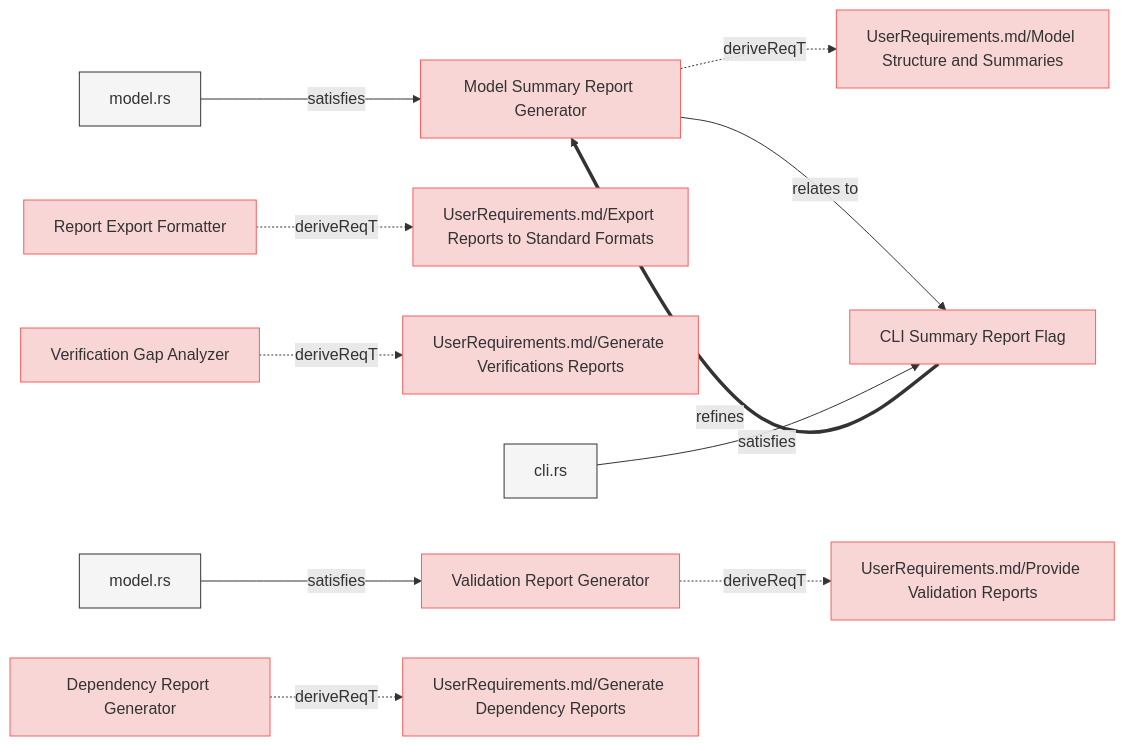
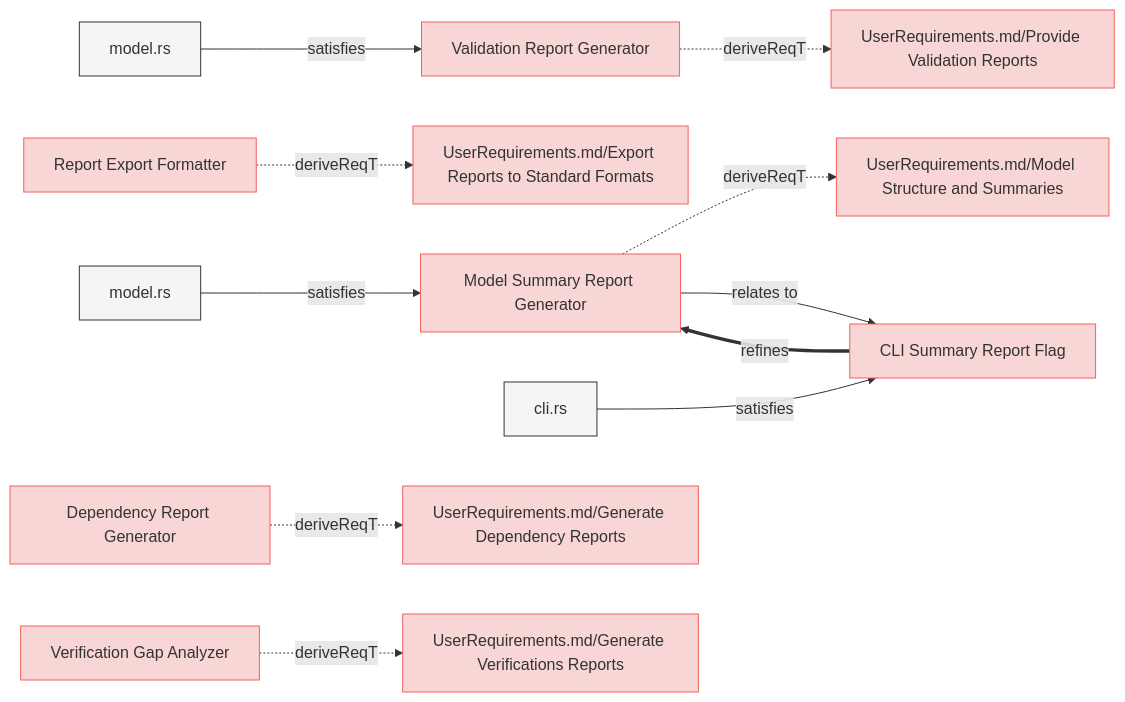
One commit to reqvire-org/reqvire changed the eighth of 8 diagrams in specifications/SystemRequirements/Requirements.md. Above: the diagram before and after it, drawn with Mermaid. The commit also changed other lines of this file and 36 other files, not shown here.

````diff
--- a/specifications/SystemRequirements/Requirements.md
+++ b/specifications/SystemRequirements/Requirements.md
@@ -1007,61 +1017,61 @@
 ```mermaid
 graph LR;
   %% Graph styling
   classDef requirement fill:#f9d6d6,stroke:#f55f5f,stroke-width:1px;
   classDef verification fill:#d6f9d6,stroke:#5fd75f,stroke-width:1px;
   classDef externalLink fill:#d0e0ff,stroke:#3080ff,stroke-width:1px;
   classDef default fill:#f5f5f5,stroke:#333333,stroke-width:1px;
 
+  143766be8c["Validation Report Generator"];
+  click 143766be8c "Requirements.md#validation-report-generator";
+  class 143766be8c requirement;
+  482c757913["UserRequirements.md/Provide Validation Reports"];
+  class 482c757913 requirement;
+  click 482c757913 "../UserRequirements.md#provide-validation-reports";
+  143766be8c -.->|deriveReqT| 482c757913;
+  6136c216c9["model.rs"];
+  class 6136c216c9 default;
+  click 6136c216c9 "../../core/src/model.rs";
+  6136c216c9 -->|satisfies| 143766be8c;
+  2ccb7e5510["Report Export Formatter"];
+  click 2ccb7e5510 "Requirements.md#report-export-formatter";
+  class 2ccb7e5510 requirement;
+  2afa7f3a20["UserRequirements.md/Export Reports to Standard Formats"];
+  class 2afa7f3a20 requirement;
+  click 2afa7f3a20 "../UserRequirements.md#export-reports-to-standard-formats";
+  2ccb7e5510 -.->|deriveReqT| 2afa7f3a20;
   cccd4e46e2["Model Summary Report Generator"];
   click cccd4e46e2 "Requirements.md#model-summary-report-generator";
   class cccd4e46e2 requirement;
   b342220e0d["UserRequirements.md/Model Structure and Summaries"];
   class b342220e0d requirement;
   click b342220e0d "../UserRequirements.md#model-structure-and-summaries";
   cccd4e46e2 -.->|deriveReqT| b342220e0d;
   6292255058["model.rs"];
   class 6292255058 default;
   click 6292255058 "../../core/src/reports.rs";
   6292255058 -->|satisfies| cccd4e46e2;
   6f86272134["CLI Summary Report Flag"];
   class 6f86272134 requirement;
   click 6f86272134 "Requirements.md#cli-summary-report-flag";
   cccd4e46e2 -->|relates to| 6f86272134;
-  2ccb7e5510["Report Export Formatter"];
-  click 2ccb7e5510 "Requirements.md#report-export-formatter";
-  class 2ccb7e5510 requirement;
-  2afa7f3a20["UserRequirements.md/Export Reports to Standard Formats"];
-  class 2afa7f3a20 requirement;
-  click 2afa7f3a20 "../UserRequirements.md#export-reports-to-standard-formats";
-  2ccb7e5510 -.->|deriveReqT| 2afa7f3a20;
-  d842bc0e30["Verification Gap Analyzer"];
-  click d842bc0e30 "Requirements.md#verification-gap-analyzer";
-  class d842bc0e30 requirement;
-  d0e9e8d143["UserRequirements.md/Generate Verifications Reports"];
-  class d0e9e8d143 requirement;
-  click d0e9e8d143 "../UserRequirements.md#generate-verifications-reports";
-  d842bc0e30 -.->|deriveReqT| d0e9e8d143;
-  143766be8c["Validation Report Generator"];
-  click 143766be8c "Requirements.md#validation-report-generator";
-  class 143766be8c requirement;
-  482c757913["UserRequirements.md/Provide Validation Reports"];
-  class 482c757913 requirement;
-  click 482c757913 "../UserRequirements.md#provide-validation-reports";
-  143766be8c -.->|deriveReqT| 482c757913;
-  6136c216c9["model.rs"];
-  class 6136c216c9 default;
-  click 6136c216c9 "../../core/src/model.rs";
-  6136c216c9 -->|satisfies| 143766be8c;
   6f86272134 ==>|refines| cccd4e46e2;
   11ffc4632a["cli.rs"];
   class 11ffc4632a default;
   click 11ffc4632a "../../cli/src/cli.rs";
   11ffc4632a -->|satisfies| 6f86272134;
   57cbef16c5["Dependency Report Generator"];
   click 57cbef16c5 "Requirements.md#dependency-report-generator";
   class 57cbef16c5 requirement;
   812d42f453["UserRequirements.md/Generate Dependency Reports"];
   class 812d42f453 requirement;
   click 812d42f453 "../UserRequirements.md#generate-dependency-reports";
   57cbef16c5 -.->|deriveReqT| 812d42f453;
+  d842bc0e30["Verification Gap Analyzer"];
+  click d842bc0e30 "Requirements.md#verification-gap-analyzer";
+  class d842bc0e30 requirement;
+  d0e9e8d143["UserRequirements.md/Generate Verifications Reports"];
+  class d0e9e8d143 requirement;
+  click d0e9e8d143 "../UserRequirements.md#generate-verifications-reports";
+  d842bc0e30 -.->|deriveReqT| d0e9e8d143;
 ```
````
